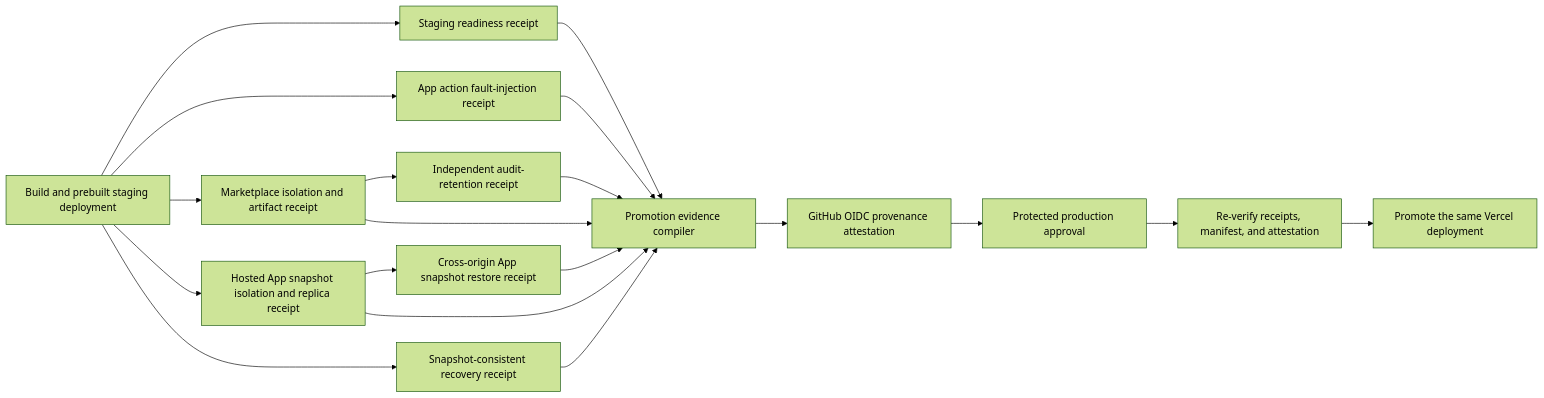
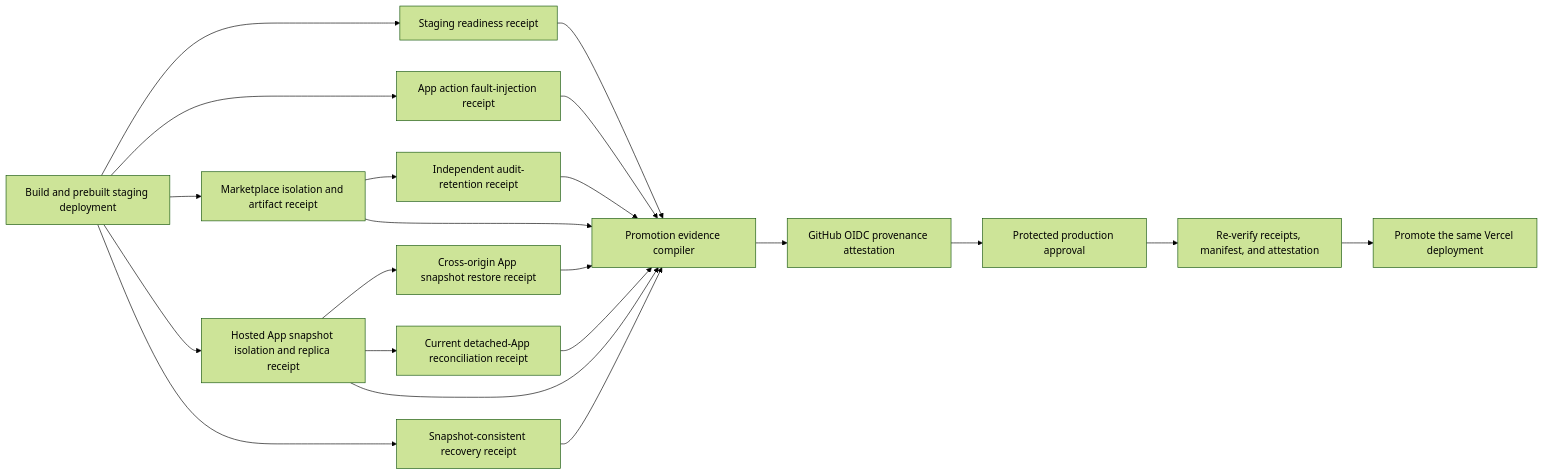
Before and after one commit to mrrkrieg/loopgraph: the diagram in docs/PRODUCTION-PROMOTION-EVIDENCE.md, drawn with Mermaid (forest theme). The commit also changed other lines of this file and 9 other files, not shown here.

Commit message:
Require App snapshot reconciliation for promotion

````diff
--- a/docs/PRODUCTION-PROMOTION-EVIDENCE.md
+++ b/docs/PRODUCTION-PROMOTION-EVIDENCE.md
@@ -8,21 +8,23 @@
 ```mermaid
 flowchart LR
   V["Build and prebuilt staging deployment"] --> S["Staging readiness receipt"]
   V --> F["App action fault-injection receipt"]
   V --> M["Marketplace isolation and artifact receipt"]
   V --> H["Hosted App snapshot isolation and replica receipt"]
   H --> B["Cross-origin App snapshot restore receipt"]
+  H --> C["Current detached-App reconciliation receipt"]
   V --> R["Snapshot-consistent recovery receipt"]
   M --> A["Independent audit-retention receipt"]
   S --> E["Promotion evidence compiler"]
   F --> E
   M --> E
   H --> E
   B --> E
+  C --> E
   R --> E
   A --> E
   E --> T["GitHub OIDC provenance attestation"]
   T --> P["Protected production approval"]
   P --> X["Re-verify receipts, manifest, and attestation"]
   X --> Y["Promote the same Vercel deployment"]
 ```
````
